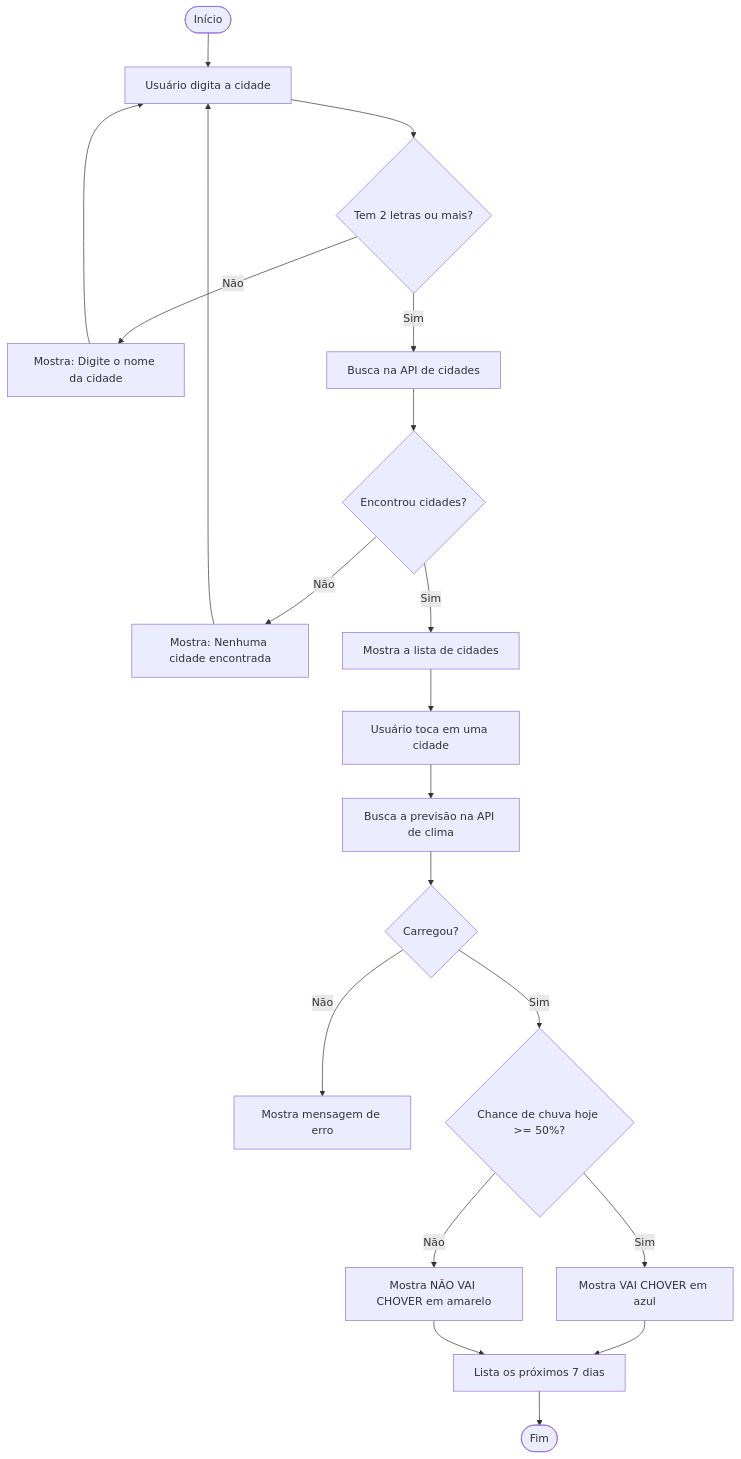
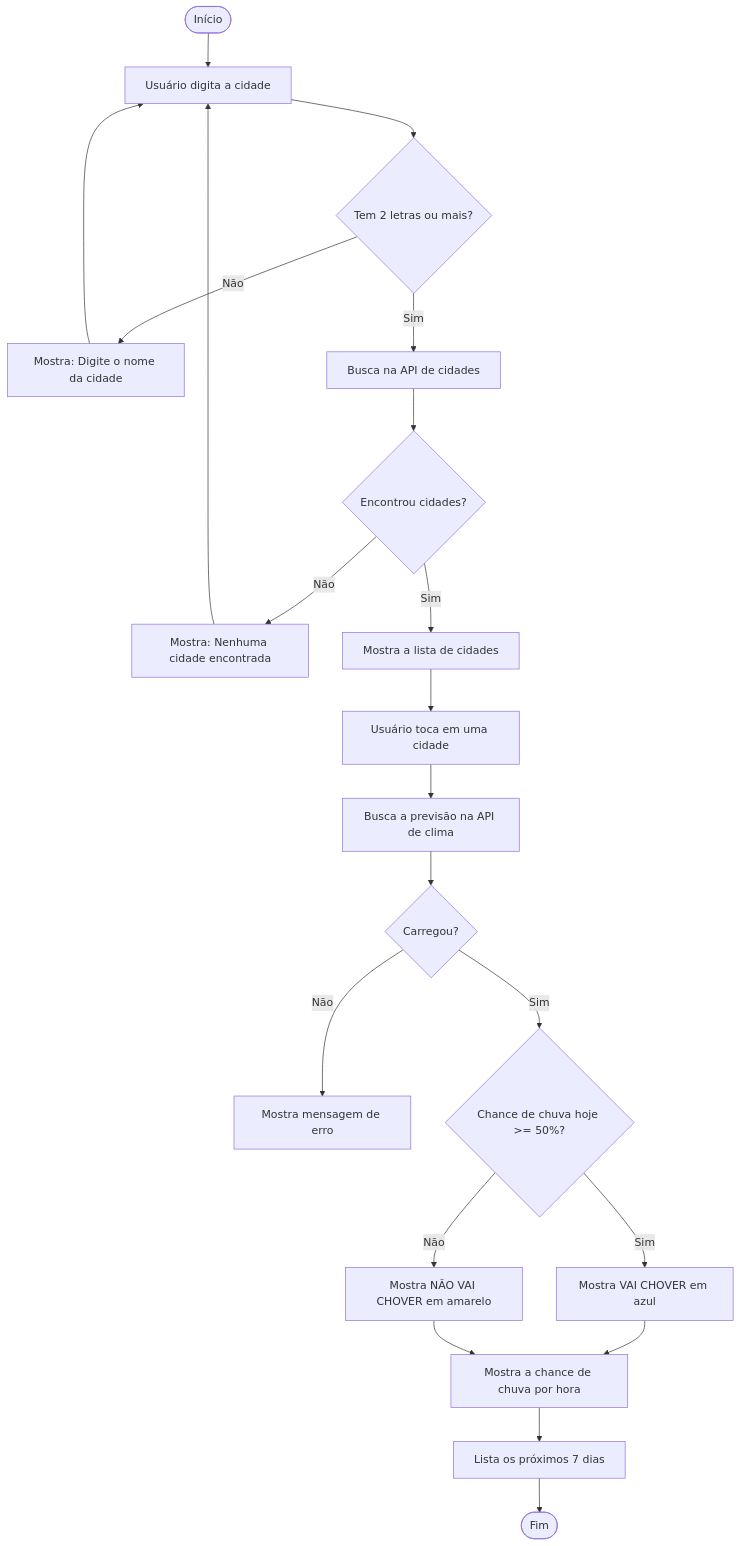
One commit to evertton82/chove-ou-nao-chove changed the third of 5 diagrams in README.md. Above: the diagram before and after it, drawn with Mermaid. The commit also changed other lines of this file, not shown here.

Commit message:
Atualiza README com a chuva por hora

````diff
--- a/README.md
+++ b/README.md
@@ -90,20 +91,21 @@
 ```mermaid
 flowchart TD
     I([Início]) --> D[Usuário digita a cidade]
     D --> V{Tem 2 letras ou mais?}
     V -- Não --> E1[Mostra: Digite o nome da cidade] --> D
     V -- Sim --> G[Busca na API de cidades]
     G --> R{Encontrou cidades?}
     R -- Não --> E2[Mostra: Nenhuma cidade encontrada] --> D
     R -- Sim --> L[Mostra a lista de cidades]
     L --> T[Usuário toca em uma cidade]
     T --> PR[Busca a previsão na API de clima]
     PR --> OK{Carregou?}
     OK -- Não --> E3[Mostra mensagem de erro]
     OK -- Sim --> C{Chance de chuva hoje >= 50%?}
     C -- Sim --> CH[Mostra VAI CHOVER em azul]
     C -- Não --> NC[Mostra NÃO VAI CHOVER em amarelo]
-    CH --> P7[Lista os próximos 7 dias]
-    NC --> P7
+    CH --> HR[Mostra a chance de chuva por hora]
+    NC --> HR
+    HR --> P7[Lista os próximos 7 dias]
     P7 --> FIM([Fim])
 ```
````
